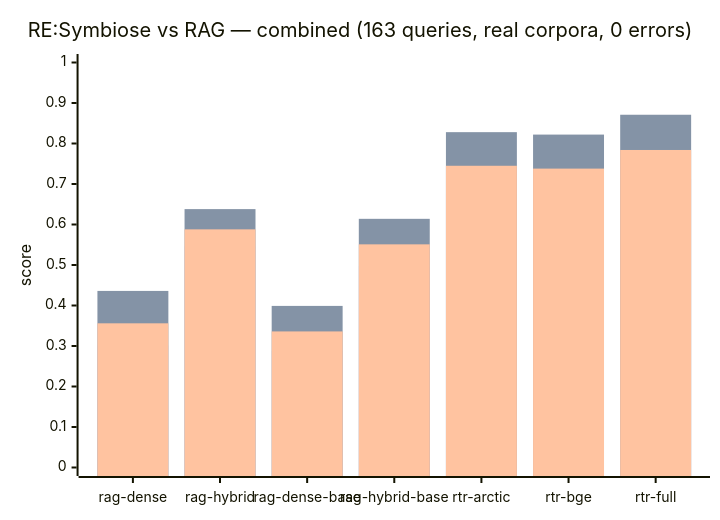
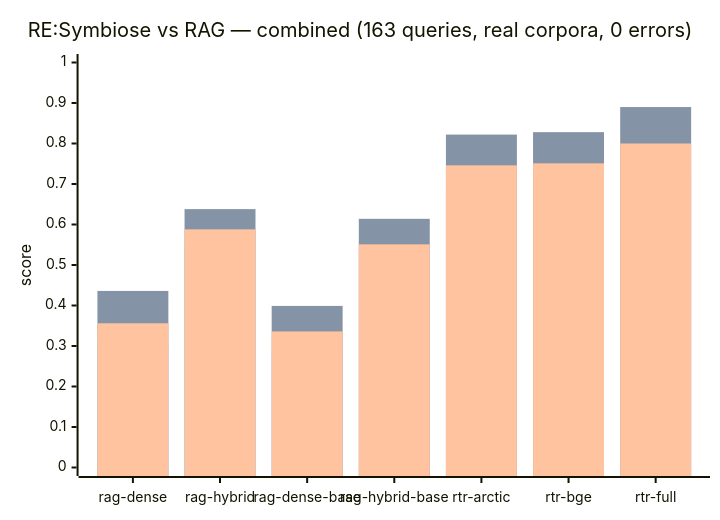
One commit to Nova-Violet-Role/RTR-RE changed the diagram in eval/versus.mmd. Above: the diagram before and after it, drawn with Mermaid. The commit also changed 7 other files, not shown here.

First line of the commit message:
Link DTD lexikon seeding into the engine architecture (TODO-37)

```diff
--- a/eval/versus.mmd
+++ b/eval/versus.mmd
@@ -1,9 +1,9 @@
 %% SPDX-FileCopyrightText: Nova-Violet Role ORG
 %% SPDX-License-Identifier: EUPL-1.2 OR AGPL-3.0-or-later
 xychart-beta
     title "RE:Symbiose vs RAG — combined (163 queries, real corpora, 0 errors)"
     x-axis ["rag-dense", "rag-hybrid", "rag-dense-base", "rag-hybrid-base", "rtr-arctic", "rtr-bge", "rtr-full"]
     y-axis "score" 0 --> 1
-    bar "R@1" [0.301, 0.546, 0.288, 0.497, 0.675, 0.669, 0.712]
-    bar "R@3" [0.436, 0.638, 0.399, 0.614, 0.828, 0.822, 0.871]
-    bar "MRR" [0.356, 0.588, 0.336, 0.551, 0.745, 0.738, 0.784]
+    bar "R@1" [0.301, 0.546, 0.288, 0.497, 0.687, 0.687, 0.724]
+    bar "R@3" [0.436, 0.638, 0.399, 0.614, 0.822, 0.828, 0.890]
+    bar "MRR" [0.356, 0.588, 0.336, 0.551, 0.746, 0.751, 0.800]
```
